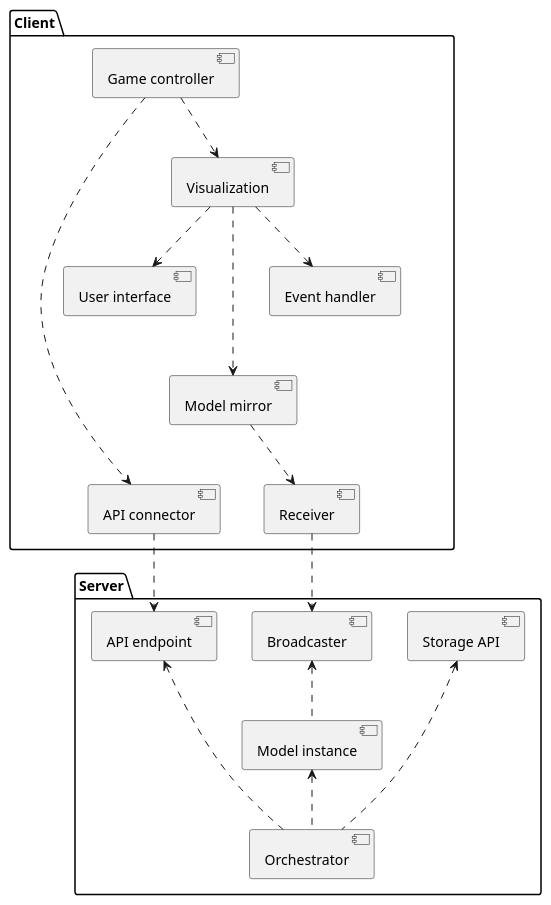
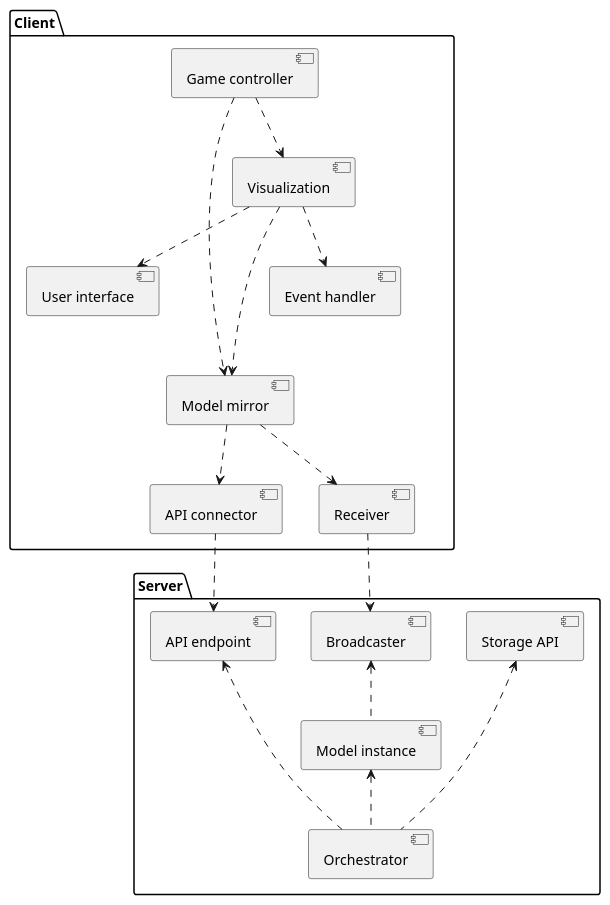
The diagram in Development/Component/ClientServer.puml (SWA-group-1/PlantUML), drawn with PlantUML before and after one commit. The commit also changed 3 other files, not shown here.

Commit message:
Controller should communicate with Model mirror, not API connector. #7

```diff
--- a/Development/Component/ClientServer.puml
+++ b/Development/Component/ClientServer.puml
@@ -1,47 +1,47 @@
 @startuml
 'https://plantuml.com/component-diagram
 
 package "Server" {
     component "API endpoint" as endpoint
     component "Broadcaster" as broadcaster
     component "Model instance" as model
     component "Orchestrator" as orchestrator
     component "Storage API" as storage
 
     orchestrator .up.> endpoint
     orchestrator .up.> model
     orchestrator .up.> storage
     model -[hidden]up- endpoint
     model .up.> broadcaster
     model -[hidden]up- storage
 }
 
 package "Client" {
     component "Event handler" as event
     component "Game controller" as controller
     component "Model mirror" as mirror
     component "Receiver" as receiver
     component "API connector" as connector
     component "Visualization" as visualization
     component "User interface" as ui
 
     controller .down.> visualization
-    controller .down.> connector
+    controller .down.> mirror
     visualization .down.> event
     visualization .down.> mirror
     visualization -[hidden]down- receiver
     visualization .down.> ui
     event -[hidden]- mirror
     event -[hidden]- receiver
     event -[hidden]- connector
     ui -[hidden]- mirror
     ui -[hidden]- receiver
     ui -[hidden]- connector
-    mirror -[hidden]- connector
+    mirror ..> connector
     mirror ..> receiver
 }
 
 receiver ..> broadcaster
 connector ..> endpoint
 
 @enduml
```
